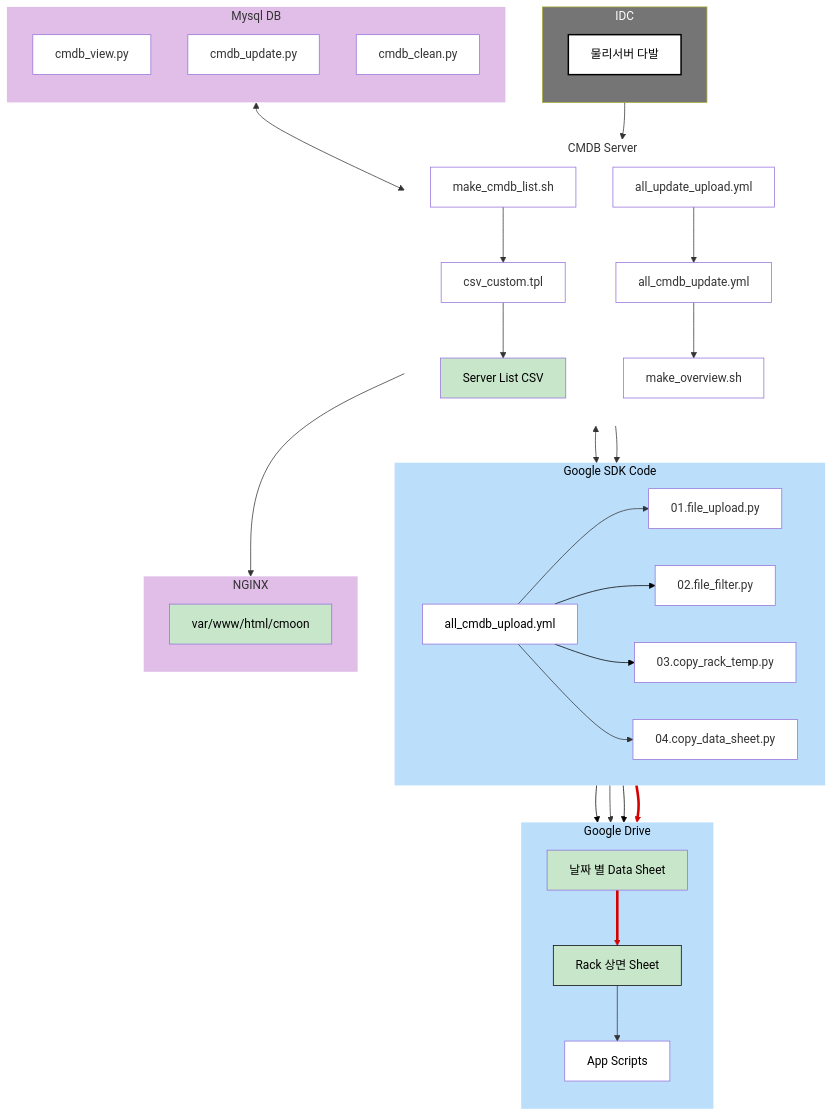
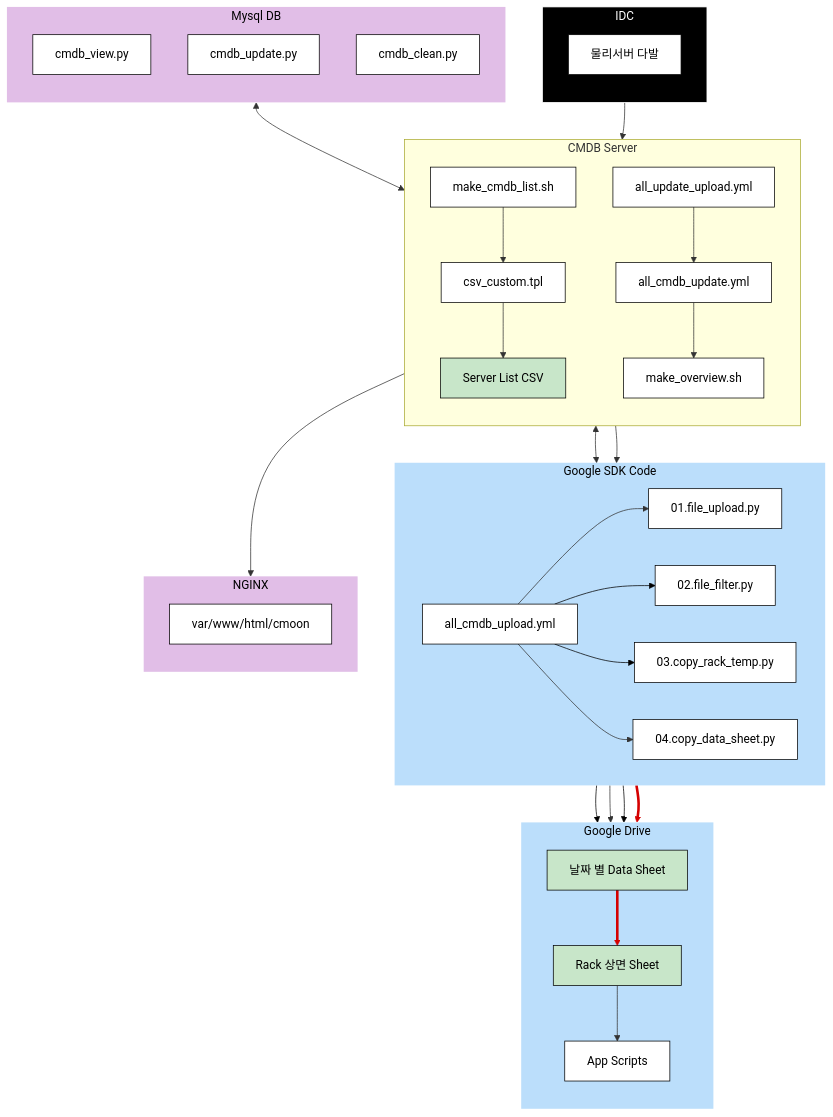
Before and after one commit to Luminous-Flame/blog: the diagram in content/03.Dev/C-Moon/01. 구성 요소.md, drawn with Mermaid.

Commit message:
Update content content/03.Dev/C-Moon/01. 구성 요소.md

````diff
--- a/content/03.Dev/C-Moon/01. 구성 요소.md
+++ b/content/03.Dev/C-Moon/01. 구성 요소.md
@@ -19,199 +19,93 @@
 ```mermaid
 flowchart TD
+ subgraph IDC_Server["IDC"]
+    direction TB
+        IS1["물리서버 다발"]
+  end
+ subgraph s2["CMDB Server"]
+    direction TB
+        CMDB1["make_cmdb_list.sh"]
+        n14["csv_custom.tpl"]
+        n13["all_cmdb_update.yml"]
+        n12["make_overview.sh"]
+        n15["Server List CSV"]
+        n17["all_update_upload.yml"]
+  end
+ subgraph s1["Google SDK Code"]
+    direction LR
+        UP1["all_cmdb_upload.yml"]
+        n6["01.file_upload.py"]
+        n7["02.file_filter.py"]
+        n8["03.copy_rack_temp.py"]
+        n9["04.copy_data_sheet.py"]
+  end
+ subgraph CMDB_Upload["Google Drive"]
+    direction TB
+        UP2["날짜 별 Data Sheet"]
+        n2["Rack 상면 Sheet"]
+        n3["App Scripts"]
+  end
+ subgraph CMDB_Update["Mysql DB"]
+    direction TB
+        n4["cmdb_view.py"]
+        UPD1["cmdb_update.py"]
+        n11["cmdb_clean.py"]
+  end
+ subgraph CMDB_View["NGINX"]
+    direction TB
+        VIEW2["var/www/html/cmoon"]
+  end
+    CMDB1 --> n14
+    n14 --> n15
+    n15 <--> UP1
+    UP1 --> n6 & n7 & n8 & n9
+    n6 --> UP2
+    n7 --> UP2
+    n8 --> n2
+    n9 ==> UP2
+    UP2 ==> n2
+    n2 --> n3
+    n13 --> n12
+    n12 --> CMDB_View
+    n17 --> n13 & UP1
+    CMDB_Update <--> s2
+    IDC_Server --> s2
 
-subgraph IDC_Server["IDC"]
+    %% ---------- 스타일 강제 ----------
+    classDef black fill:#000000,stroke:#FFFFFF,color:#FFFFFF;
+    classDef lightgreen fill:#C8E6C9,color:#000000,stroke:#000000;
+    classDef purple fill:#E1BEE7,stroke:none,color:#000000;
+    classDef blue fill:#BBDEFB,stroke:none,color:#000000;
+    classDef white fill:#FFFFFF,stroke:#000000,color:#000000;
 
-direction TB
+    class IS1,CMDB1,n14,n13,n12,n17,n6,n7,n8,n9,n4,UPD1,n11,UP1,VIEW2,n3 white;
+    class n15,UP2,n2 lightgreen;
+    class s1,CMDB_Upload blue;
+    class CMDB_View,CMDB_Update purple;
+    class IDC_Server black;
 
-IS1["물리서버 다발"]
+    %% ---------- 링크 ----------
+    click CMDB1 "https://github.com/Luminous-Flame/C-Moon/blob/main/scripts/make_cmdb_list.sh"
+    click n14 "https://github.com/Luminous-Flame/C-Moon/blob/main/tpl/csv_custom.tpl"
+    click n13 "https://github.com/Luminous-Flame/C-Moon/blob/main/scripts/all_cmdb_update.yml"
+    click n12 "https://github.com/Luminous-Flame/C-Moon/blob/main/scripts/make_overview.sh"
+    click n17 "https://github.com/Luminous-Flame/C-Moon/blob/main/scripts/all_update_upload.yml"
+    click UP1 "https://github.com/Luminous-Flame/C-Moon/blob/main/scripts/all_cmdb_upload.yml"
+    click n6 "https://github.com/Luminous-Flame/C-Moon/blob/main/scripts/file_upload.py"
+    click n7 "https://github.com/Luminous-Flame/C-Moon/blob/main/scripts/file_filter.py"
+    click n8 "https://github.com/Luminous-Flame/C-Moon/blob/main/scripts/copy_rack_temp.py"
+    click n9 "https://github.com/Luminous-Flame/C-Moon/blob/main/scripts/copy_data_sheet.py"
+    click n3 "https://script.google.com/macros/s/AKfycbzH7Vd1YT6IqXNSVbCCwzLOIQ1U4dvLiY1IXzqlcw_GuiOOM-H_fSz1_6BPpRrPQ0fSqw/exec"
+    click n4 "https://github.com/Luminous-Flame/C-Moon/blob/main/scripts/cmdb_view.py"
+    click UPD1 "https://github.com/Luminous-Flame/C-Moon/blob/main/scripts/cmdb_update.py"
+    click n11 "https://github.com/Luminous-Flame/C-Moon/blob/main/scripts/cmdb_clean.py"
 
-end
+    %% ---------- 링크 색상 ----------
+    linkStyle 4 stroke:#000000,fill:none
+    linkStyle 5 stroke:#000000,fill:none
+    linkStyle 7 stroke:#000000,fill:none
+    linkStyle 9 stroke:#000000,fill:none
+    linkStyle 10 stroke:#D50000,fill:none
+    linkStyle 11 stroke:#D50000,fill:none
 
-subgraph s2["CMDB Server"]
-
-direction TB
-
-CMDB1["make_cmdb_list.sh"]
-
-n14["csv_custom.tpl"]
-
-n13["all_cmdb_update.yml"]
-
-n12["make_overview.sh"]
-
-n15["Server List CSV"]
-
-n17["all_update_upload.yml"]
-
-end
-
-subgraph s1["Google SDK Code"]
-
-direction LR
-
-UP1["all_cmdb_upload.yml"]
-
-n6["01.file_upload.py"]
-
-n7["02.file_filter.py"]
-
-n8["03.copy_rack_temp.py"]
-
-n9["04.copy_data_sheet.py"]
-
-end
-
-subgraph CMDB_Upload["Google Drive"]
-
-direction TB
-
-UP2["날짜 별 Data Sheet"]
-
-n2["Rack 상면 Sheet"]
-
-n3["App Scripts"]
-
-end
-
-subgraph CMDB_Update["Mysql DB"]
-
-direction TB
-
-n4["cmdb_view.py"]
-
-UPD1["cmdb_update.py"]
-
-n11["cmdb_clean.py"]
-
-end
-
-subgraph CMDB_View["NGINX"]
-
-direction TB
-
-VIEW2["var/www/html/cmoon"]
-
-end
-
-CMDB1 --> n14
-
-n14 --> n15
-
-n15 <--> UP1
-
-UP1 --> n6 & n7 & n8 & n9
-
-n6 --> UP2
-
-n7 --> UP2
-
-n8 --> n2
-
-n9 ==> UP2
-
-UP2 ==> n2
-
-n2 --> n3
-
-n13 --> n12
-
-n12 --> CMDB_View
-
-n17 --> n13 & UP1
-
-CMDB_Update <--> s2
-
-IDC_Server --> s2
-
-  
-
-style IS1 fill:#FFFFFF,stroke:#000000,stroke-width:2px,color:#000000
-
-style CMDB1 fill:#FFFFFF
-
-style n14 fill:#FFFFFF
-
-style n13 fill:#FFFFFF
-
-style n12 fill:#FFFFFF
-
-style n15 color:#000000,fill:#C8E6C9
-
-style n17 fill:#FFFFFF
-
-style UP1 fill:#FFFFFF,color:#000000
-
-style n6 fill:#FFFFFF
-
-style n7 fill:#FFFFFF
-
-style n8 fill:#FFFFFF
-
-style n9 fill:#FFFFFF
-
-style UP2 color:#000000,fill:#C8E6C9
-
-style n2 stroke:#000000,fill:#C8E6C9,color:#000000
-
-style n3 fill:#FFFFFF,color:#000000
-
-style n4 fill:#FFFFFF
-
-style UPD1 fill:#FFFFFF
-
-style n11 fill:#FFFFFF
-
-style VIEW2 fill:#C8E6C9,color:#000000
-
-style CMDB_View fill:#E1BEE7,stroke:none,stroke-width:2px
-
-style CMDB_Update fill:#E1BEE7,stroke:none,stroke-width:2px
-
-style s2 fill:#FFFFFF,stroke:none
-
-style IDC_Server fill:#757575,color:#FFFFFF
-
-style CMDB_Upload fill:#BBDEFB,stroke:none,stroke-width:2px,color:#000000
-
-style s1 fill:#BBDEFB,stroke:none,color:#000000
-
-click CMDB1 "https://github.com/Luminous-Flame/C-Moon/blob/main/scripts/make_cmdb_list.sh"
-
-click n14 "https://github.com/Luminous-Flame/C-Moon/blob/main/tpl/csv_custom.tpl"
-
-click n13 "https://github.com/Luminous-Flame/C-Moon/blob/main/scripts/all_cmdb_update.yml"
-
-click n12 "https://github.com/Luminous-Flame/C-Moon/blob/main/scripts/make_overview.sh"
-
-click n17 "https://github.com/Luminous-Flame/C-Moon/blob/main/scripts/all_update_upload.yml"
-
-click UP1 "https://github.com/Luminous-Flame/C-Moon/blob/main/scripts/all_cmdb_upload.yml"
-
-click n6 "https://github.com/Luminous-Flame/C-Moon/blob/main/scripts/file_upload.py"
-
-click n7 "https://github.com/Luminous-Flame/C-Moon/blob/main/scripts/copy_data_sheet.py"
-
-click n8 "https://github.com/Luminous-Flame/C-Moon/blob/main/scripts/copy_rack_temp.py"
-
-click n9 "https://github.com/Luminous-Flame/C-Moon/blob/main/scripts/file_filter.py"
-
-click n3 "https://script.google.com/macros/s/AKfycbzH7Vd1YT6IqXNSVbCCwzLOIQ1U4dvLiY1IXzqlcw_GuiOOM-H_fSz1_6BPpRrPQ0fSqw/exec"
-
-click n4 "https://github.com/Luminous-Flame/C-Moon/blob/main/scripts/cmdb_view.py"
-
-click UPD1 "https://github.com/Luminous-Flame/C-Moon/blob/main/scripts/cmdb_update.py"
-
-click n11 "https://github.com/Luminous-Flame/C-Moon/blob/main/scripts/cmdb_clean.py"
-
-linkStyle 4 stroke:#000000,fill:none
-
-linkStyle 5 stroke:#000000,fill:none
-
-linkStyle 7 stroke:#000000,fill:none
-
-linkStyle 9 stroke:#000000,fill:none
-
-linkStyle 10 stroke:#D50000,fill:none
-
-linkStyle 11 stroke:#D50000,fill:none
 ```
````
